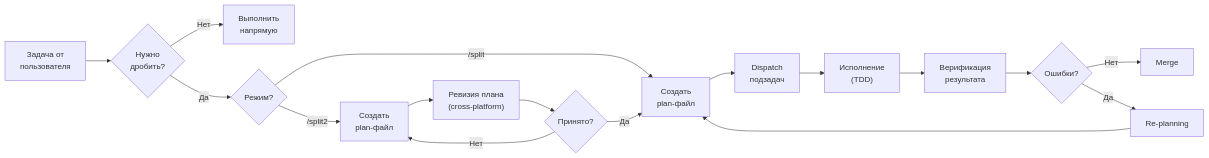
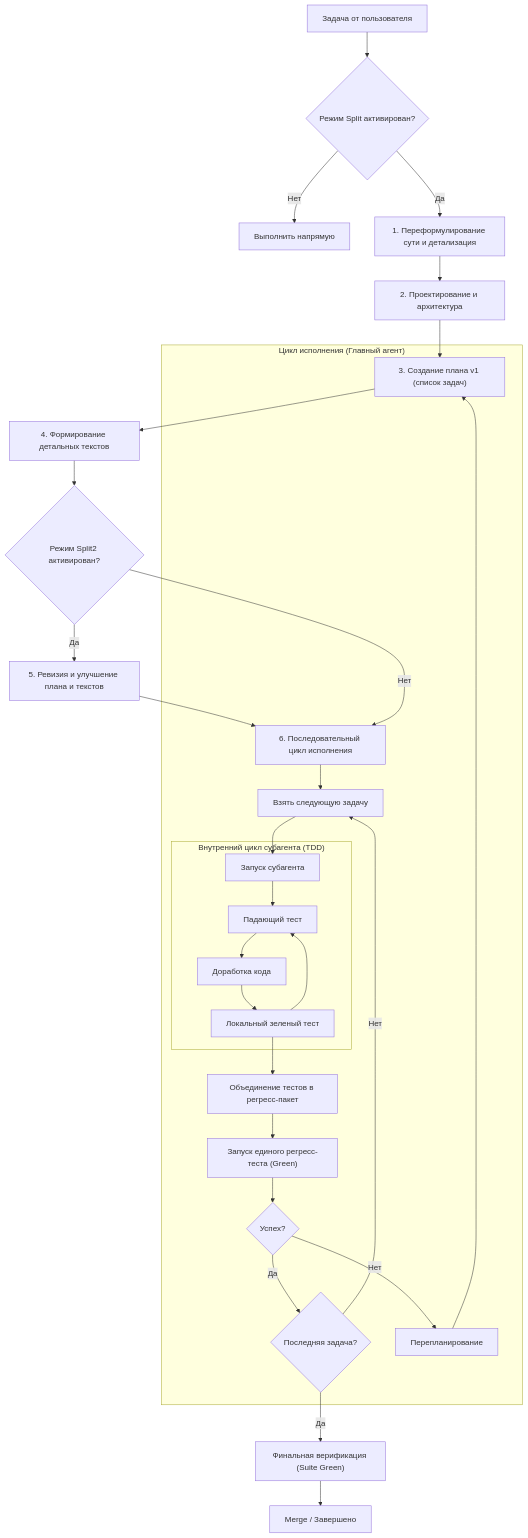
Before and after one commit to SpIvanM/split-first-tdd-agent-orchestration-framework: the diagram in README.md, drawn with Mermaid. The commit also changed other lines of this file and 2 other files, not shown here.

Commit message:
docs: update workflow diagram orientation to top-down in README files

````diff
--- a/README.md
+++ b/README.md
@@ -97,19 +103,37 @@
 ```mermaid
-flowchart LR
-    A["Задача от\nпользователя"] --> B{"Нужно\nдробить?"}
-    B -- Нет --> C["Выполнить\nнапрямую"]
-    B -- Да --> D{"Режим?"}
-    D -- "/split" --> E["Создать\nplan-файл"]
-    D -- "/split2" --> F["Создать\nplan-файл"]
-    F --> G["Ревизия плана\n(cross-platform)"]
-    G --> H{"Принято?"}
-    H -- Нет --> F
-    H -- Да --> E
-    E --> I["Dispatch\nподзадач"]
-    I --> J["Исполнение\n(TDD)"]
-    J --> K["Верификация\nрезультата"]
-    K --> L{"Ошибки?"}
-    L -- Нет --> M["Merge"]
-    L -- Да --> N["Re-planning"]
-    N --> E
+graph TD
+    A["Задача от пользователя"] --> B{"Режим Split активирован?"}
+    B -- "Нет" --> C["Выполнить напрямую"]
+    B -- "Да" --> D["1. Переформулирование сути и детализация"]
+    D --> E["2. Проектирование и архитектура"]
+    E --> F["3. Создание плана v1 (список задач)"]
+    F --> G["4. Формирование детальных текстов"]
+    G --> H{"Режим Split2 активирован?"}
+    H -- "Да" --> I["5. Ревизия и улучшение плана и текстов"]
+    I --> J["6. Последовательный цикл исполнения"]
+    H -- "Нет" --> J
+    
+    subgraph "Цикл исполнения (Главный агент)"
+        J --> K["Взять следующую задачу"]
+        K --> L["Запуск субагента"]
+        
+        subgraph "Внутренний цикл субагента (TDD)"
+            L --> M["Падающий тест"]
+            M --> N["Доработка кода"]
+            N --> O["Локальный зеленый тест"]
+            O --> M
+        end
+        
+        O --> P["Объединение тестов в регресс-пакет"]
+        P --> Q["Запуск единого регресс-теста (Green)"]
+        
+        Q --> R{"Успех?"}
+        R -- "Да" --> S{"Последняя задача?"}
+        S -- "Нет" --> K
+        R -- "Нет" --> T["Перепланирование"]
+        T --> F
+    end
+    
+    S -- "Да" --> U["Финальная верификация (Suite Green)"]
+    U --> V["Merge / Завершено"]
 ```
````
